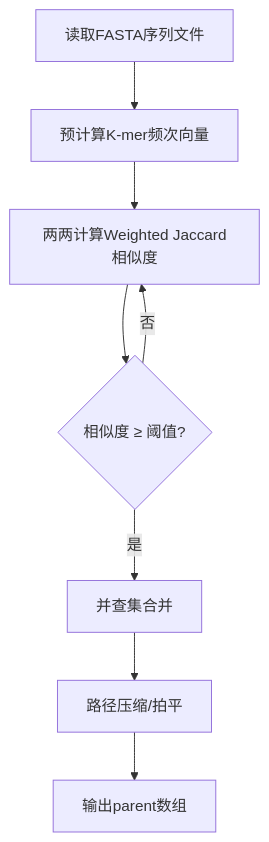
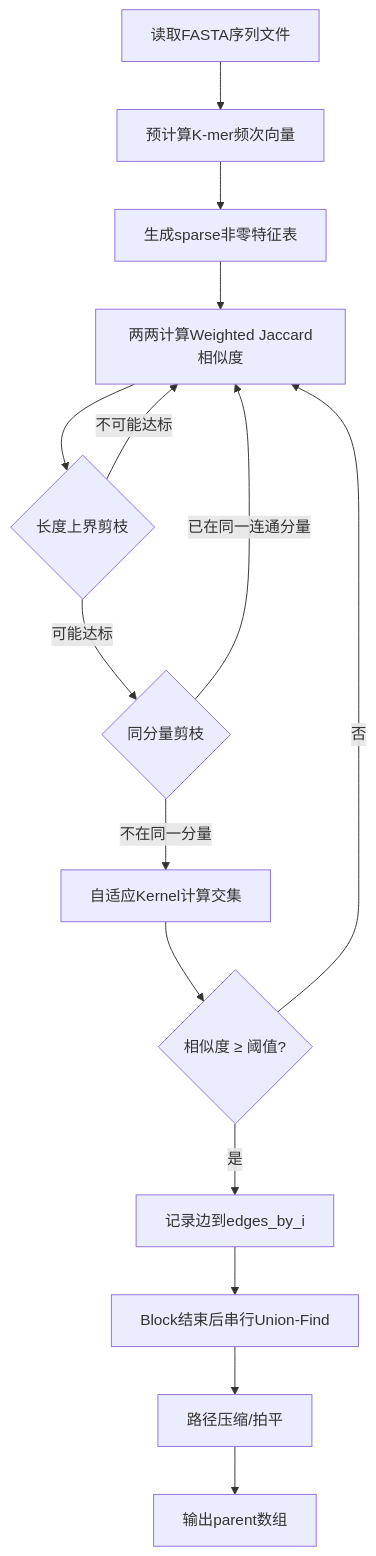
Before and after one commit to nicccce/parallel-computing-lab: the diagram in src/experiment_report.md, drawn with Mermaid. The commit also changed other lines of this file and 70 other files, not shown here.

````diff
--- a/src/experiment_report.md
+++ b/src/experiment_report.md
@@ -32,10 +32,17 @@
 ```mermaid
 flowchart TD
     A[读取FASTA序列文件] --> B[预计算K-mer频次向量]
-    B --> C[两两计算Weighted Jaccard相似度]
-    C --> D{相似度 ≥ 阈值?}
-    D -- 是 --> E[并查集合并]
+    B --> B2[生成sparse非零特征表]
+    B2 --> C[两两计算Weighted Jaccard相似度]
+    C --> P1{长度上界剪枝}
+    P1 -- 不可能达标 --> C
+    P1 -- 可能达标 --> P2{同分量剪枝}
+    P2 -- 已在同一连通分量 --> C
+    P2 -- 不在同一分量 --> K[自适应Kernel计算交集]
+    K --> D{相似度 ≥ 阈值?}
+    D -- 是 --> E[记录边到edges_by_i]
     D -- 否 --> C
-    E --> F[路径压缩/拍平]
-    F --> G[输出parent数组]
+    E --> F[Block结束后串行Union-Find]
+    F --> G[路径压缩/拍平]
+    G --> H[输出parent数组]
 ```
````
